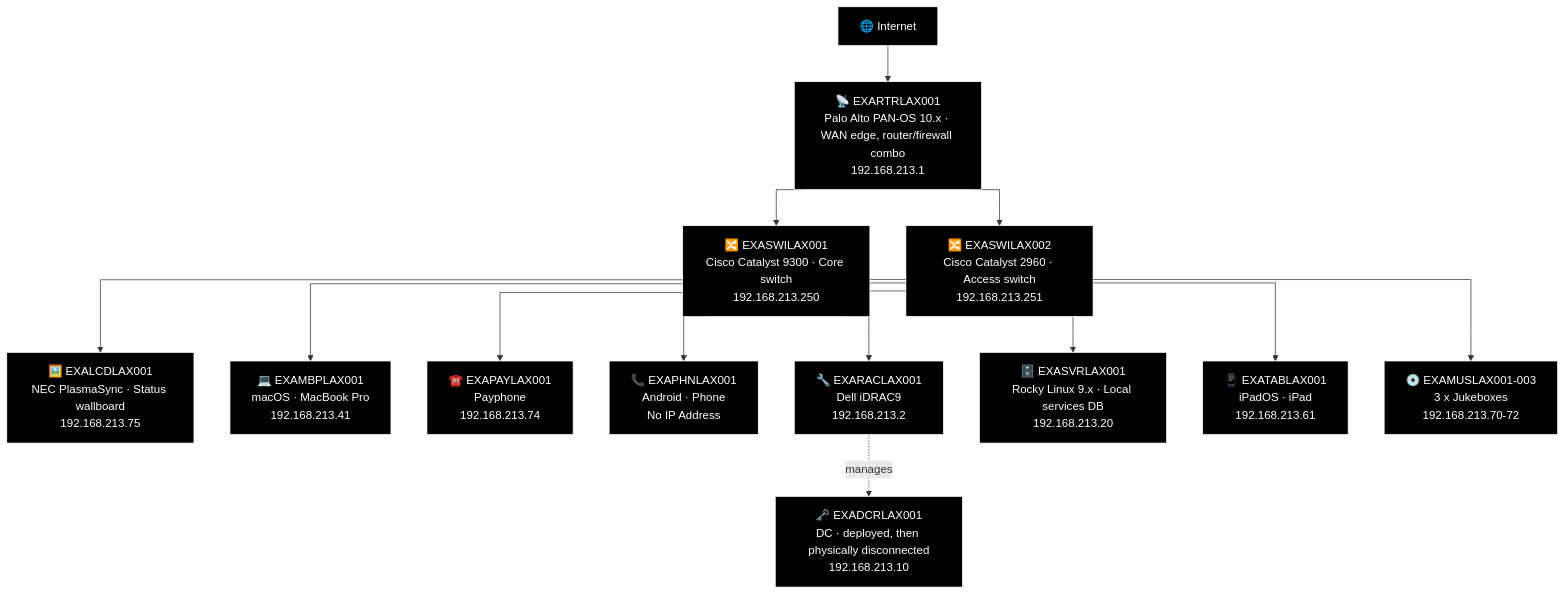
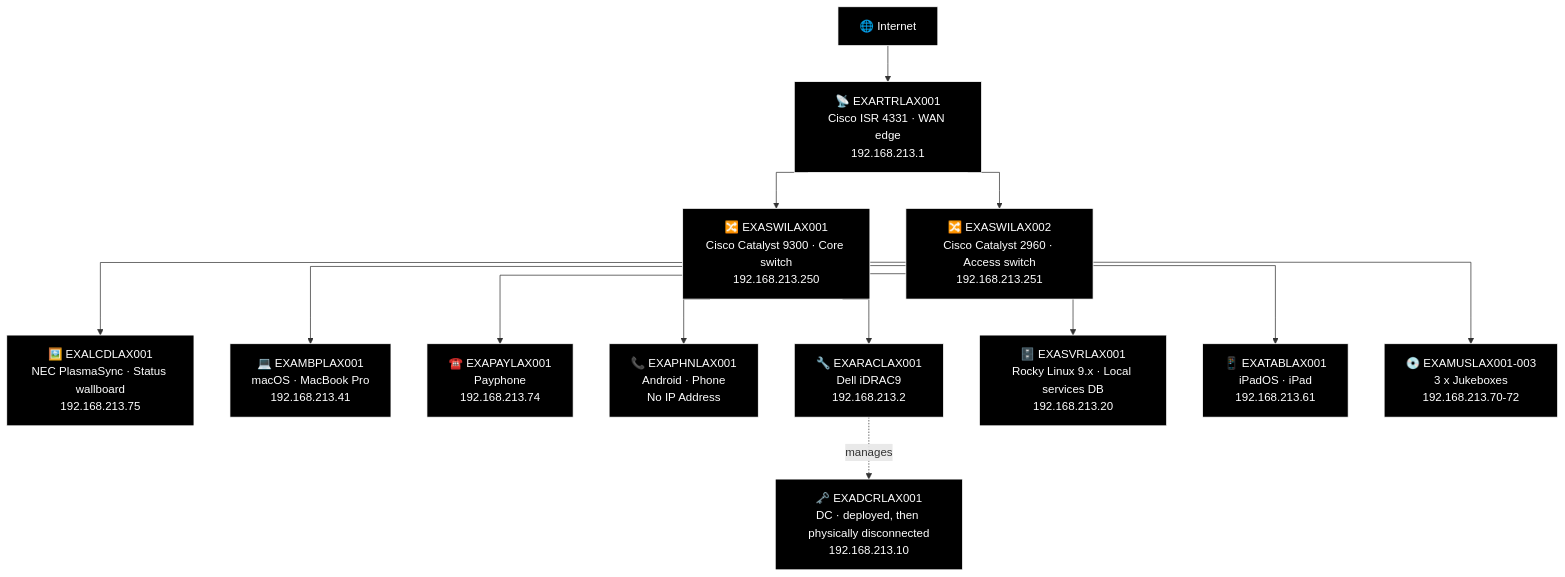
The first of 21 diagrams in docs/network-diagram/united-states.md (knightmare2600/example_music_infra), drawn with Mermaid before and after one commit. The commit also changed other lines of this file and 19 other files, not shown here.

````diff
--- a/docs/network-diagram/united-states.md
+++ b/docs/network-diagram/united-states.md
@@ -35,45 +35,45 @@
 ```mermaid
 %% GENERATED:OLDNETWORK:LAX:START
 %%{init: {'flowchart': {'curve': 'stepAfter'}}}%%
 graph TD
     O_INET["🌐 Internet"]
-    O_RTR["📡 EXARTRLAX001<br/>Palo Alto PAN-OS 10.x · WAN edge, router/firewall combo<br/>192.168.213.1"]
+    O_RTR["📡 EXARTRLAX001<br/>Cisco ISR 4331 · WAN edge<br/>192.168.213.1"]
     O_SWI1["🔀 EXASWILAX001<br/>Cisco Catalyst 9300 · Core switch<br/>192.168.213.250"]
     O_SWI2["🔀 EXASWILAX002<br/>Cisco Catalyst 2960 · Access switch<br/>192.168.213.251"]
     O_DCR["🗝️ EXADCRLAX001<br/>DC · deployed, then physically disconnected<br/>192.168.213.10"]
     O_LCD["🖼️ EXALCDLAX001<br/>NEC PlasmaSync · Status wallboard<br/>192.168.213.75"]
     O_MBP["💻 EXAMBPLAX001<br/>macOS · MacBook Pro<br/>192.168.213.41"]
     O_PAY["☎️ EXAPAYLAX001<br/>Payphone<br/>192.168.213.74"]
     O_PHN["📞 EXAPHNLAX001<br/>Android · Phone<br/>No IP Address"]
     O_RAC["🔧 EXARACLAX001<br/>Dell iDRAC9<br/>192.168.213.2"]
     O_SVR["🗄️ EXASVRLAX001<br/>Rocky Linux 9.x · Local services DB<br/>192.168.213.20"]
     O_TAB["📱 EXATABLAX001<br/>iPadOS · iPad<br/>192.168.213.61"]
     O_MUS["💿 EXAMUSLAX001-003<br/>3 x Jukeboxes<br/>192.168.213.70-72"]
     O_INET --> O_RTR
     O_RTR --> O_SWI1
     O_RTR --> O_SWI2
     O_SWI1 --> O_LCD
     O_SWI1 --> O_MBP
     O_SWI1 --> O_PAY
     O_SWI1 --> O_PHN
     O_SWI1 --> O_RAC
     O_RAC -.->|"manages"| O_DCR
     O_SWI1 --> O_SVR
     O_SWI1 --> O_TAB
     O_SWI1 --> O_MUS
 
     style O_INET fill:#000000,stroke:#FFFFFF,color:#FFFFFF
     style O_RTR fill:#000000,stroke:#FFFFFF,color:#FFFFFF
     style O_SWI1 fill:#000000,stroke:#FFFFFF,color:#FFFFFF
     style O_SWI2 fill:#000000,stroke:#FFFFFF,color:#FFFFFF
     style O_DCR fill:#000000,stroke:#FFFFFF,color:#FFFFFF
     style O_LCD fill:#000000,stroke:#FFFFFF,color:#FFFFFF
     style O_MBP fill:#000000,stroke:#FFFFFF,color:#FFFFFF
     style O_PAY fill:#000000,stroke:#FFFFFF,color:#FFFFFF
     style O_PHN fill:#000000,stroke:#FFFFFF,color:#FFFFFF
     style O_RAC fill:#000000,stroke:#FFFFFF,color:#FFFFFF
     style O_SVR fill:#000000,stroke:#FFFFFF,color:#FFFFFF
     style O_TAB fill:#000000,stroke:#FFFFFF,color:#FFFFFF
     style O_MUS fill:#000000,stroke:#FFFFFF,color:#FFFFFF
 %% GENERATED:OLDNETWORK:LAX:END
 ```
````
